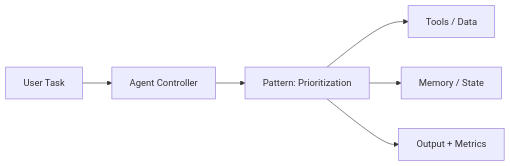
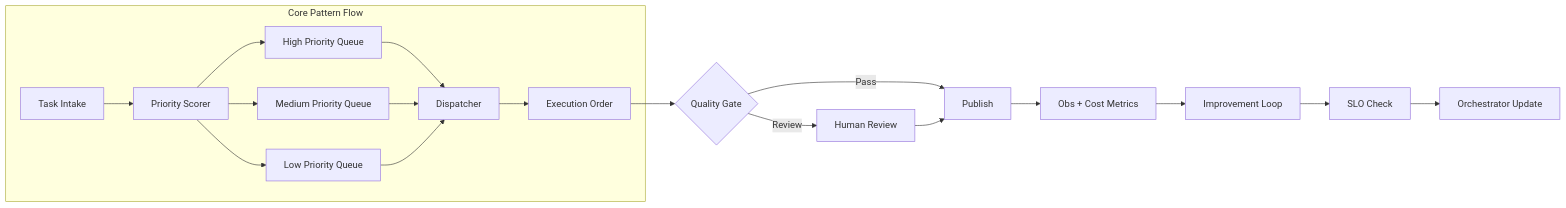
Before and after one commit to vivekreeves/agentic-design-patterns-lab: the diagram in notebooks/level_04_production_agent_systems/20_prioritization_architecture.md, drawn with Mermaid. The commit also changed 71 other files, not shown here.

````diff
--- a/notebooks/level_04_production_agent_systems/20_prioritization_architecture.md
+++ b/notebooks/level_04_production_agent_systems/20_prioritization_architecture.md
@@ -5,8 +5,21 @@
 ```mermaid
 flowchart LR
-  Q[User Task] --> A[Agent Controller]
-  A --> P[Pattern: Prioritization]
-  P --> T[Tools / Data]
-  P --> M[Memory / State]
-  P --> O[Output + Metrics]
+  subgraph CoreFlow[Core Pattern Flow]
+    Q[Task Intake] --> SC[Priority Scorer]
+    SC --> HQ[High Priority Queue]
+    SC --> MQ[Medium Priority Queue]
+    SC --> LQ[Low Priority Queue]
+    HQ --> DISP[Dispatcher]
+    MQ --> DISP
+    LQ --> DISP
+    DISP --> O[Execution Order]
+  end
+  O --> QG{Quality Gate}
+  QG -->|Pass| PUB[Publish]
+  QG -->|Review| HREV[Human Review]
+  HREV --> PUB
+  PUB --> OBS[Obs + Cost Metrics]
+  OBS --> LOOP[Improvement Loop]
+  LOOP --> SLO[SLO Check]
+  SLO --> ORCH[Orchestrator Update]
 ```
````
